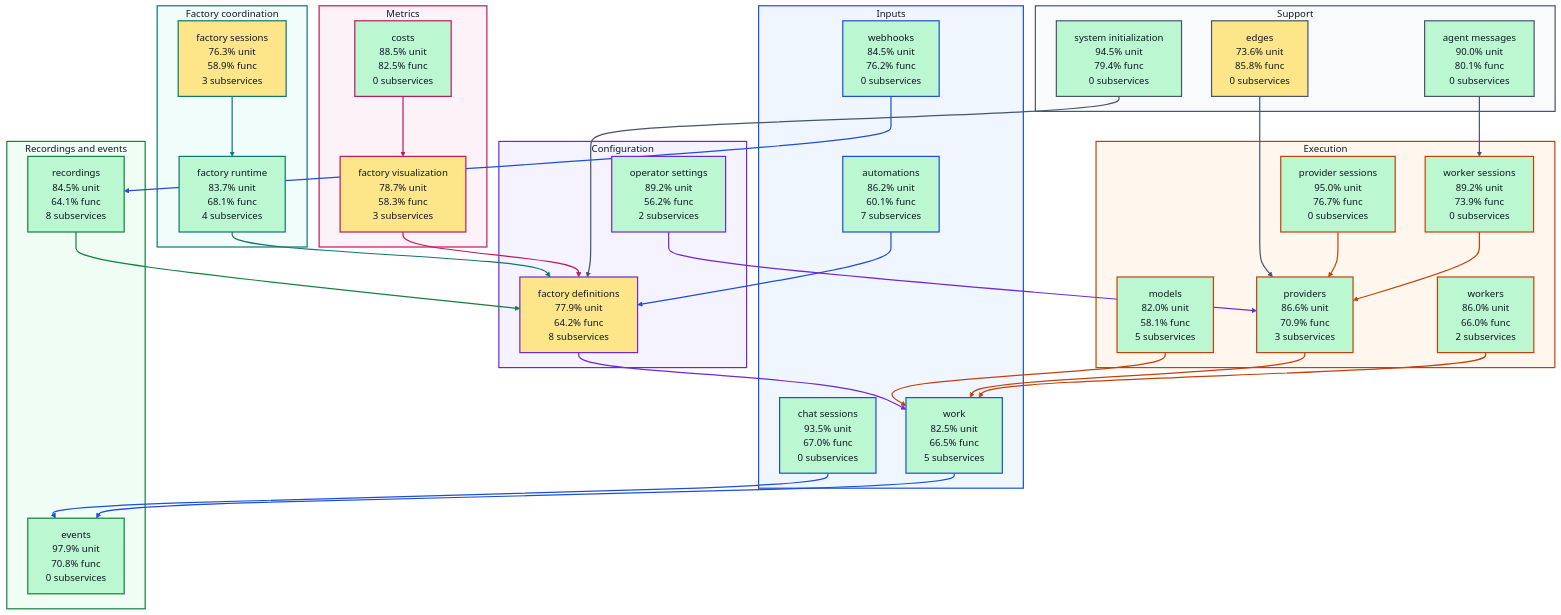
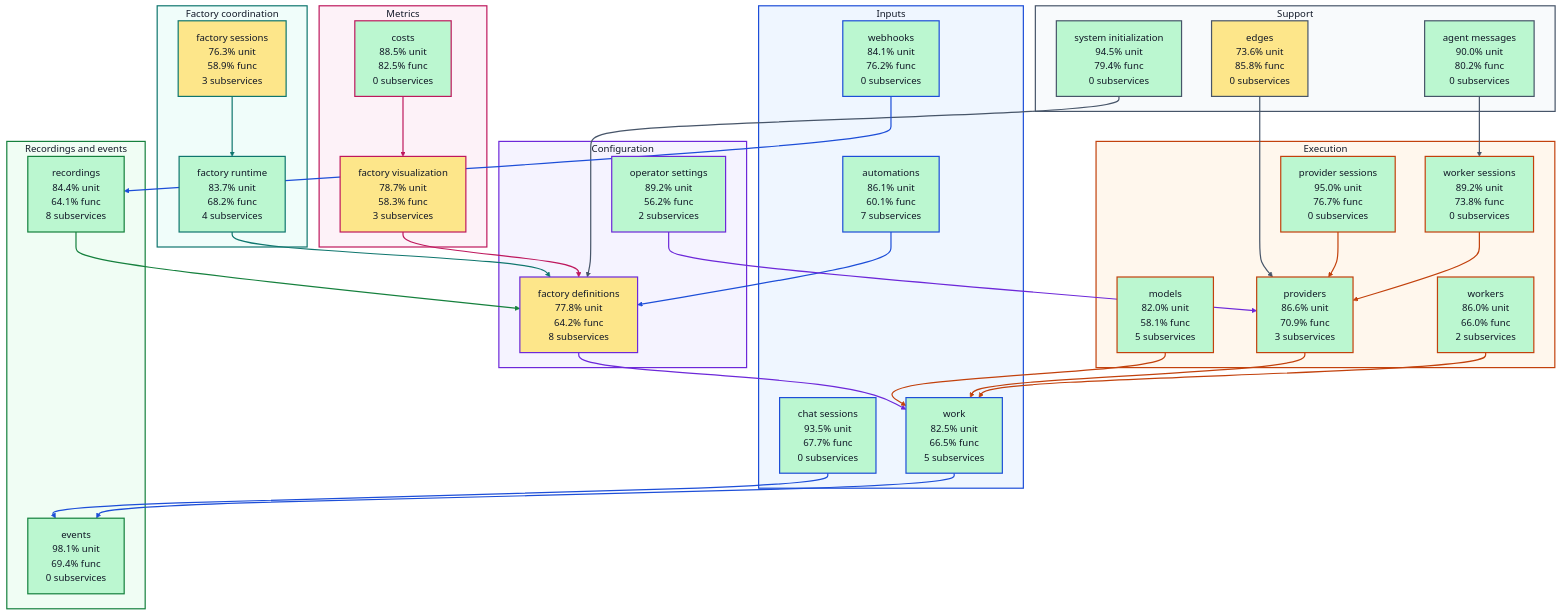
One commit to portpowered/you-agent-factory changed the diagram in docs/architecture/visualizations/high-level-test-coverage.md. Above: the diagram before and after it, drawn with Mermaid. The commit also changed other lines of this file and 20 other files, not shown here.

Commit message:
docs: refresh backend architecture visualizations

````diff
--- a/docs/architecture/visualizations/high-level-test-coverage.md
+++ b/docs/architecture/visualizations/high-level-test-coverage.md
@@ -11,36 +11,36 @@
 ```mermaid
 flowchart TB
   subgraph input["Inputs"]
-    s_services_automations["automations<br/>86.2% unit<br/>60.1% func<br/>7 subservices"]
-    s_services_chat_sessions["chat sessions<br/>93.5% unit<br/>67.0% func<br/>0 subservices"]
-    s_services_webhooks["webhooks<br/>84.5% unit<br/>76.2% func<br/>0 subservices"]
+    s_services_automations["automations<br/>86.1% unit<br/>60.1% func<br/>7 subservices"]
+    s_services_chat_sessions["chat sessions<br/>93.5% unit<br/>67.7% func<br/>0 subservices"]
+    s_services_webhooks["webhooks<br/>84.1% unit<br/>76.2% func<br/>0 subservices"]
     s_services_work["work<br/>82.5% unit<br/>66.5% func<br/>5 subservices"]
   end
   subgraph configuration["Configuration"]
-    s_services_factory_definitions["factory definitions<br/>77.9% unit<br/>64.2% func<br/>8 subservices"]
+    s_services_factory_definitions["factory definitions<br/>77.8% unit<br/>64.2% func<br/>8 subservices"]
     s_services_operator_settings["operator settings<br/>89.2% unit<br/>56.2% func<br/>2 subservices"]
   end
   subgraph coordination["Factory coordination"]
-    s_services_factory_runtime["factory runtime<br/>83.7% unit<br/>68.1% func<br/>4 subservices"]
+    s_services_factory_runtime["factory runtime<br/>83.7% unit<br/>68.2% func<br/>4 subservices"]
     s_services_factory_sessions["factory sessions<br/>76.3% unit<br/>58.9% func<br/>3 subservices"]
   end
   subgraph execution["Execution"]
     s_services_models["models<br/>82.0% unit<br/>58.1% func<br/>5 subservices"]
     s_services_provider_sessions["provider sessions<br/>95.0% unit<br/>76.7% func<br/>0 subservices"]
     s_services_providers["providers<br/>86.6% unit<br/>70.9% func<br/>3 subservices"]
-    s_services_worker_sessions["worker sessions<br/>89.2% unit<br/>73.9% func<br/>0 subservices"]
+    s_services_worker_sessions["worker sessions<br/>89.2% unit<br/>73.8% func<br/>0 subservices"]
     s_services_workers["workers<br/>86.0% unit<br/>66.0% func<br/>2 subservices"]
   end
   subgraph recordings["Recordings and events"]
-    s_services_events["events<br/>97.9% unit<br/>70.8% func<br/>0 subservices"]
-    s_services_recordings["recordings<br/>84.5% unit<br/>64.1% func<br/>8 subservices"]
+    s_services_events["events<br/>98.1% unit<br/>69.4% func<br/>0 subservices"]
+    s_services_recordings["recordings<br/>84.4% unit<br/>64.1% func<br/>8 subservices"]
   end
   subgraph metrics["Metrics"]
     s_services_costs["costs<br/>88.5% unit<br/>82.5% func<br/>0 subservices"]
     s_services_factory_visualization["factory visualization<br/>78.7% unit<br/>58.3% func<br/>3 subservices"]
   end
   subgraph support["Support"]
-    s_services_agent_messages["agent messages<br/>90.0% unit<br/>80.1% func<br/>0 subservices"]
+    s_services_agent_messages["agent messages<br/>90.0% unit<br/>80.2% func<br/>0 subservices"]
     s_services_edges["edges<br/>73.6% unit<br/>85.8% func<br/>0 subservices"]
     s_services_system_initialization["system initialization<br/>94.5% unit<br/>79.4% func<br/>0 subservices"]
   end
````
